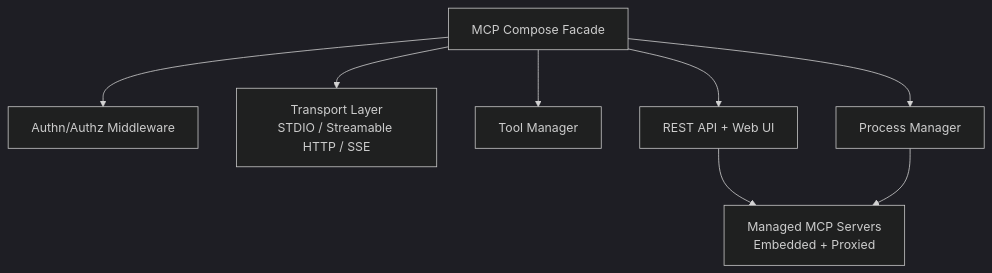
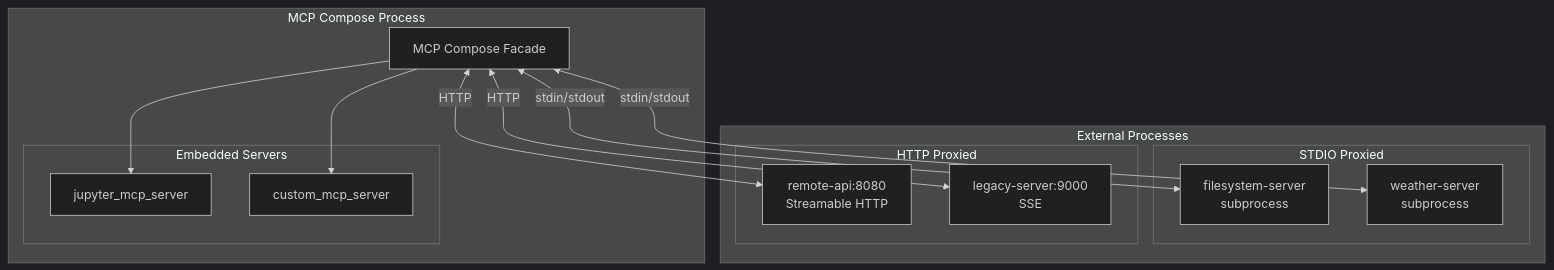
Before and after one commit to datalayer/mcp-compose: the second of 12 diagrams in docs/docs/architecture/index.mdx, drawn with Mermaid (dark theme). The commit also changed other lines of this file and 19 other files, not shown here.

````diff
--- a/docs/docs/architecture/index.mdx
+++ b/docs/docs/architecture/index.mdx
@@ -40,18 +55,30 @@
 ```mermaid
 graph TD
-    Facade[MCP Compose Facade]
-    Auth[Authn/Authz Middleware]
-    Transport[Transport Layer<br/>STDIO / Streamable HTTP / SSE]
-    ToolMgr[Tool Manager]
-    ProcMgr[Process Manager]
-    API[REST API + Web UI]
-    Servers[Managed MCP Servers<br/>Embedded + Proxied]
-
-    Facade --> Auth
-    Facade --> Transport
-    Facade --> ToolMgr
-    Facade --> ProcMgr
-    Facade --> API
-    API --> Servers
-    ProcMgr --> Servers
+    subgraph MCP Compose Process
+        Facade[MCP Compose Facade]
+        
+        subgraph Embedded Servers
+            E1[jupyter_mcp_server]
+            E2[custom_mcp_server]
+        end
+    end
+    
+    subgraph External Processes
+        subgraph STDIO Proxied
+            P1[filesystem-server<br/>subprocess]
+            P2[weather-server<br/>subprocess]
+        end
+        
+        subgraph HTTP Proxied
+            P3[remote-api:8080<br/>Streamable HTTP]
+            P4[legacy-server:9000<br/>SSE]
+        end
+    end
+    
+    Facade --> E1
+    Facade --> E2
+    Facade <-->|stdin/stdout| P1
+    Facade <-->|stdin/stdout| P2
+    Facade <-->|HTTP| P3
+    Facade <-->|HTTP| P4
 ```
````
